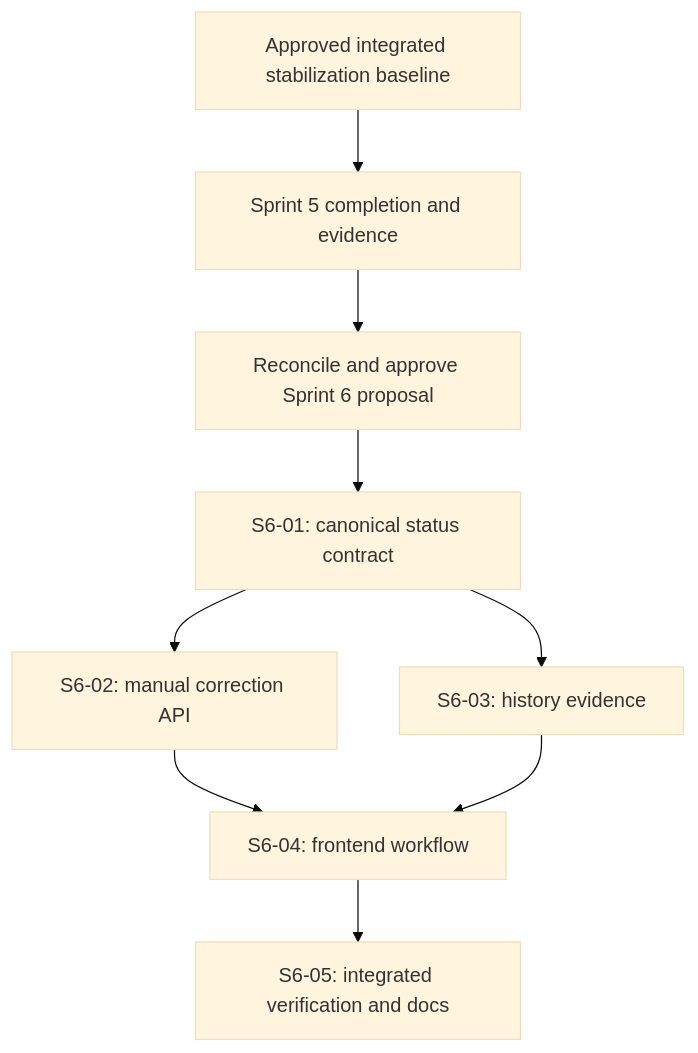
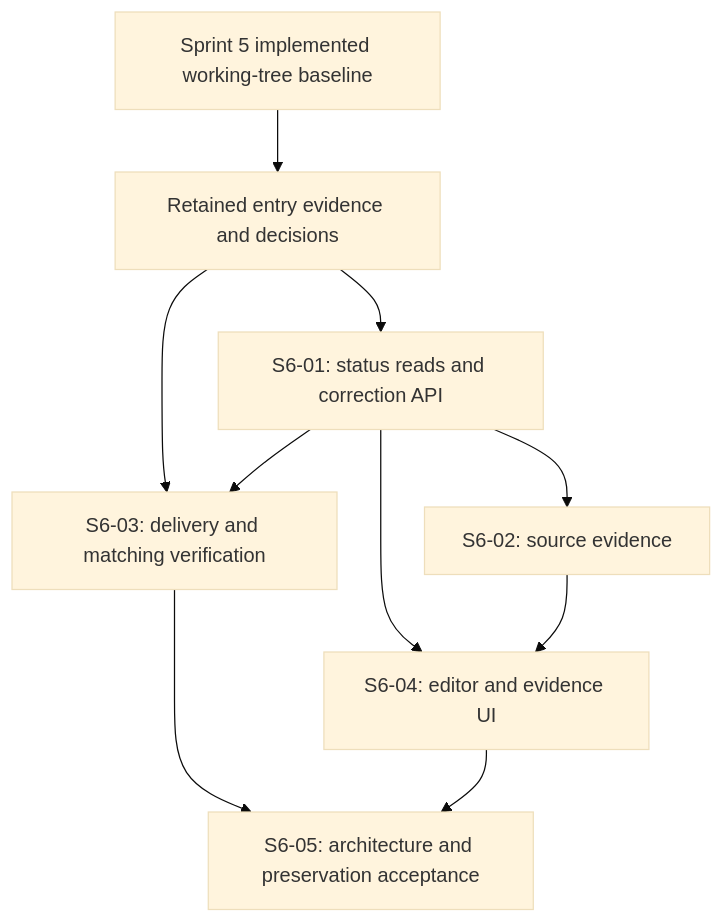
The diagram in docs/planning/sprint-6/README.md (NitinSirsath/career-companion-docs), drawn with Mermaid (base theme) before and after one commit. The commit also changed other lines of this file and 28 other files, not shown here.

````diff
--- a/docs/planning/sprint-6/README.md
+++ b/docs/planning/sprint-6/README.md
@@ -66,11 +71,12 @@
 ```mermaid
 flowchart TD
-    B[Approved integrated stabilization baseline] --> S5[Sprint 5 completion and evidence]
-    S5 --> R[Reconcile and approve Sprint 6 proposal]
-    R --> A[S6-01: canonical status contract]
-    A --> M[S6-02: manual correction API]
-    A --> H[S6-03: history evidence]
-    M --> U[S6-04: frontend workflow]
-    H --> U
-    U --> V[S6-05: integrated verification and docs]
+    S5[Sprint 5 implemented working-tree baseline] --> G[Retained entry evidence and decisions]
+    G --> A[S6-01: status reads and correction API]
+    G --> C[S6-03: delivery and matching verification]
+    A --> E[S6-02: source evidence]
+    A --> U[S6-04: editor and evidence UI]
+    E --> U
+    A --> C
+    C --> V[S6-05: architecture and preservation acceptance]
+    U --> V
 ```
````
